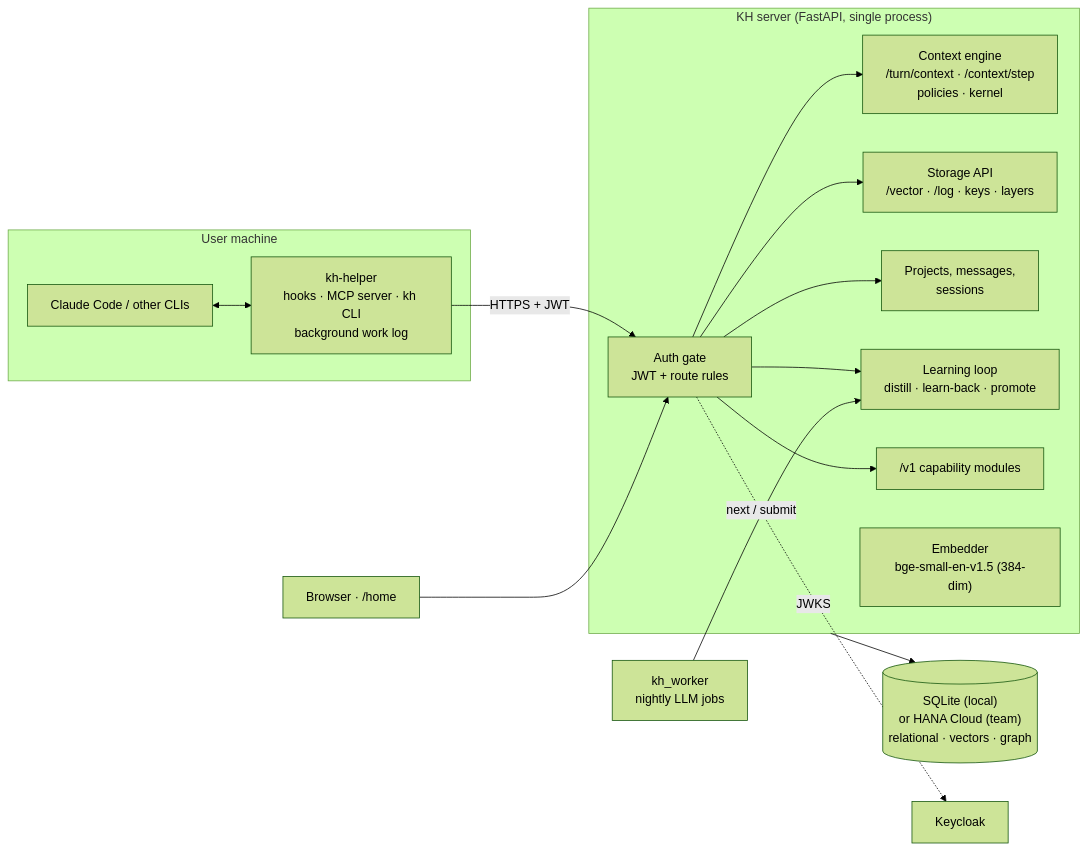
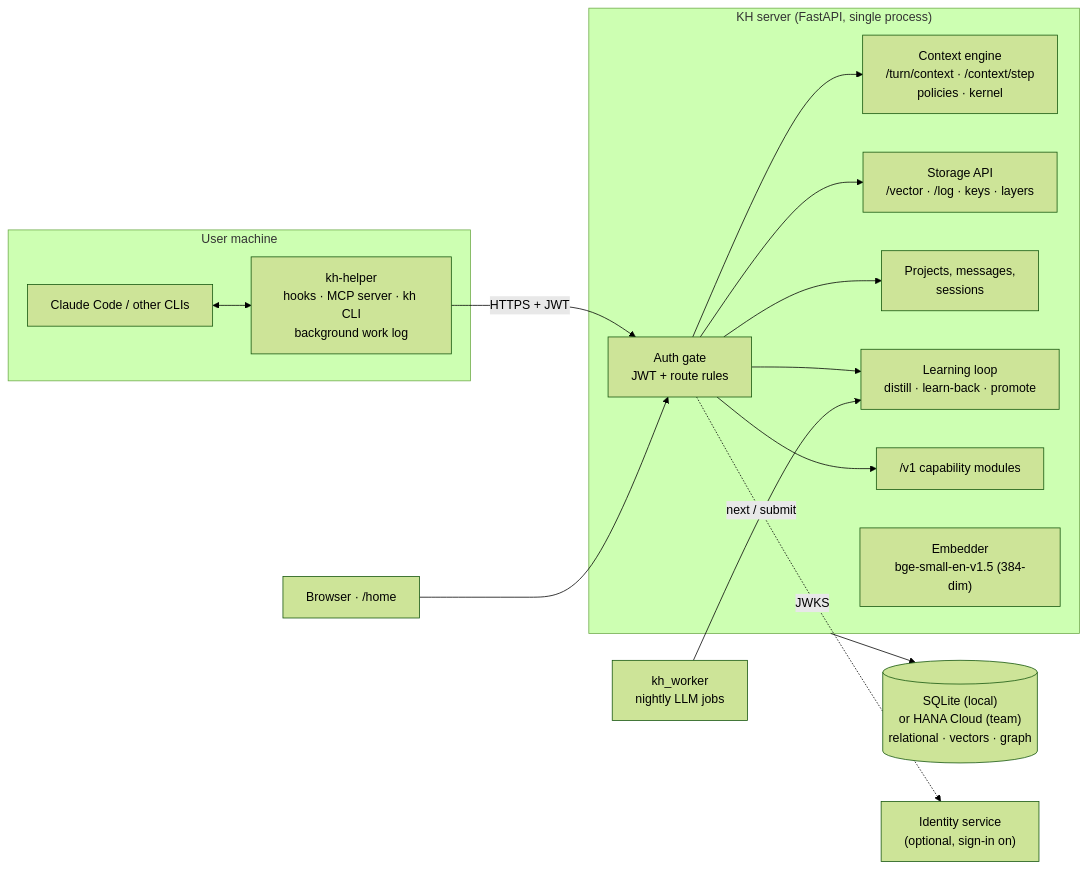
The diagram in README.md (ViHa0509/knowlegeHub), drawn with Mermaid (forest theme) before and after one commit. The commit also changed other lines of this file and 12 other files, not shown here.

````diff
--- a/README.md
+++ b/README.md
@@ -48,27 +48,27 @@
 ```mermaid
 flowchart LR
     subgraph Client["User machine"]
         CC["Claude Code / other CLIs"]
         H["kh-helper<br/>hooks · MCP server · kh CLI<br/>background work log"]
         CC <--> H
     end
     B["Browser · /home"]
     subgraph Server["KH server (FastAPI, single process)"]
         A["Auth gate<br/>JWT + route rules"]
         CE["Context engine<br/>/turn/context · /context/step<br/>policies · kernel"]
         ST["Storage API<br/>/vector · /log · keys · layers"]
         PP["Projects, messages,<br/>sessions"]
         LL["Learning loop<br/>distill · learn-back · promote"]
         V1["/v1 capability modules"]
         EM["Embedder<br/>bge-small-en-v1.5 (384-dim)"]
     end
     DB[("SQLite (local)<br/>or HANA Cloud (team)<br/>relational · vectors · graph")]
-    KC["Keycloak"]
+    KC["Identity service<br/>(optional, sign-in on)"]
     W["kh_worker<br/>nightly LLM jobs"]
     H -- "HTTPS + JWT" --> A
     B --> A
     A --> CE & ST & PP & LL & V1
     Server --> DB
     A -. JWKS .-> KC
     W -- "next / submit" --> LL
 ```
````
